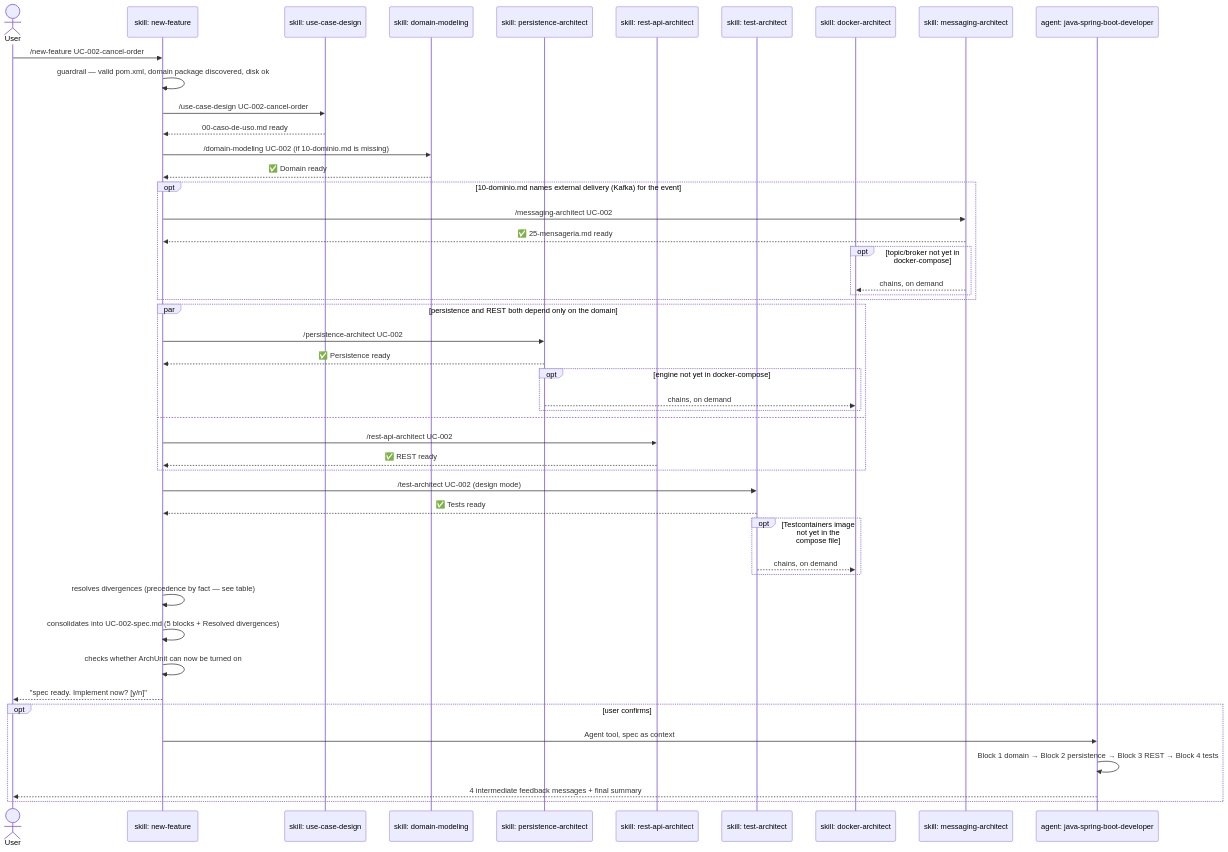
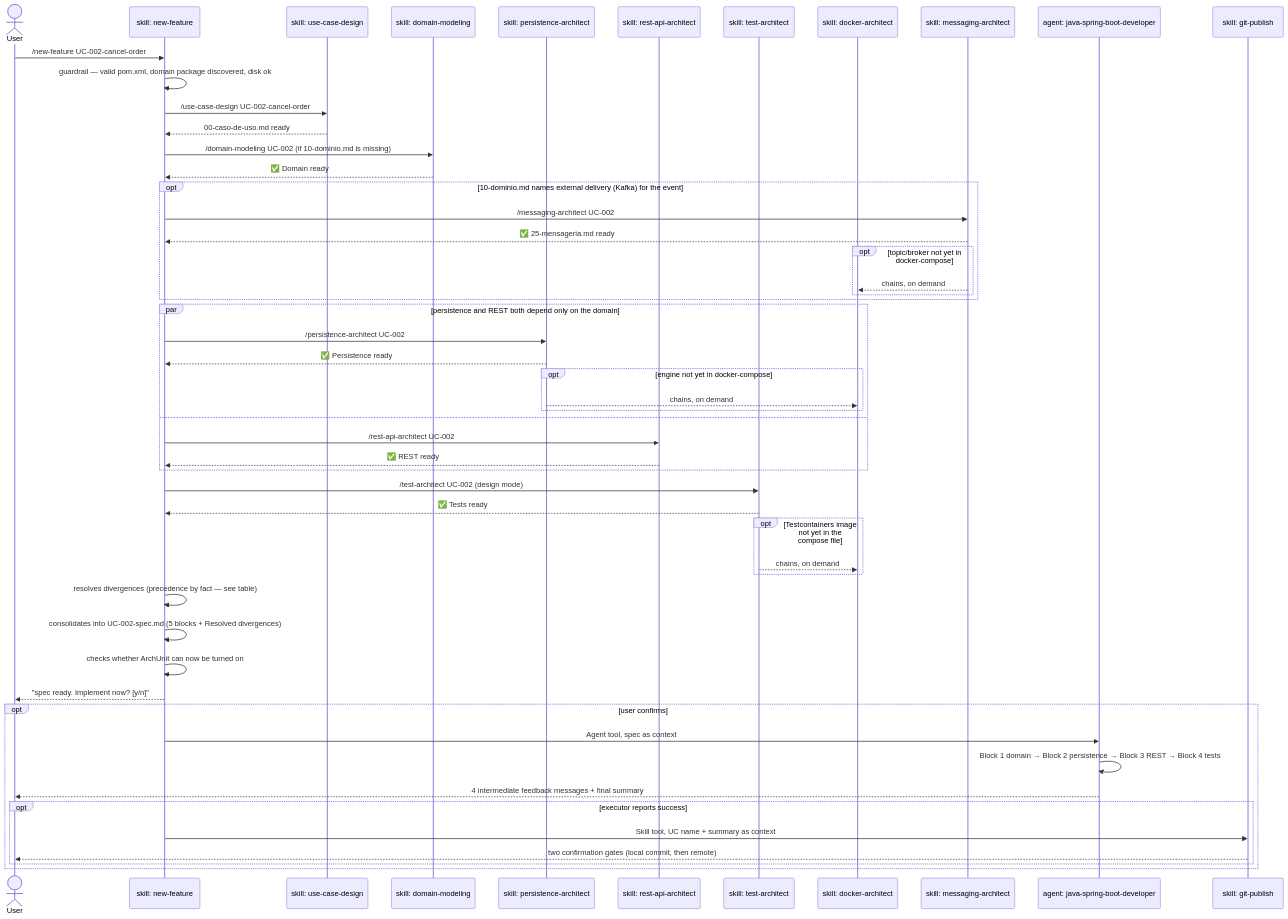
The diagram in docs/en/03-new-feature.md (ice-lfernandes/claude-spring-architect), drawn with Mermaid before and after one commit. The commit also changed other lines of this file and 26 other files, not shown here.

````diff
--- a/docs/en/03-new-feature.md
+++ b/docs/en/03-new-feature.md
@@ -25,51 +25,56 @@
 ```mermaid
 sequenceDiagram
     actor U as User
     participant NF as skill: new-feature
     participant UC as skill: use-case-design
     participant DOM as skill: domain-modeling
     participant PER as skill: persistence-architect
     participant REST as skill: rest-api-architect
     participant TST as skill: test-architect
     participant DOCK as skill: docker-architect
     participant MSG as skill: messaging-architect
     participant DEV as agent: java-spring-boot-developer
+    participant GIT as skill: git-publish
 
     U->>NF: /new-feature UC-002-cancel-order
     NF->>NF: guardrail — valid pom.xml, domain package discovered, disk ok
     NF->>UC: /use-case-design UC-002-cancel-order
     UC-->>NF: 00-caso-de-uso.md ready
     NF->>DOM: /domain-modeling UC-002 (if 10-dominio.md is missing)
     DOM-->>NF: ✅ Domain ready
     opt 10-dominio.md names external delivery (Kafka) for the event
         NF->>MSG: /messaging-architect UC-002
         MSG-->>NF: ✅ 25-mensageria.md ready
         opt topic/broker not yet in docker-compose
             MSG-->>DOCK: chains, on demand
         end
     end
     par persistence and REST both depend only on the domain
         NF->>PER: /persistence-architect UC-002
         PER-->>NF: ✅ Persistence ready
         opt engine not yet in docker-compose
             PER-->>DOCK: chains, on demand
         end
     and
         NF->>REST: /rest-api-architect UC-002
         REST-->>NF: ✅ REST ready
     end
     NF->>TST: /test-architect UC-002 (design mode)
     TST-->>NF: ✅ Tests ready
     opt Testcontainers image not yet in the compose file
         TST-->>DOCK: chains, on demand
     end
     NF->>NF: resolves divergences (precedence by fact — see table)
     NF->>NF: consolidates into UC-002-spec.md (5 blocks + Resolved divergences)
     NF->>NF: checks whether ArchUnit can now be turned on
     NF-->>U: "spec ready. Implement now? [y/n]"
     opt user confirms
         NF->>DEV: Agent tool, spec as context
         DEV->>DEV: Block 1 domain → Block 2 persistence → Block 3 REST → Block 4 tests
         DEV-->>U: 4 intermediate feedback messages + final summary
+        opt executor reports success
+            NF->>GIT: Skill tool, UC name + summary as context
+            GIT-->>U: two confirmation gates (local commit, then remote)
+        end
     end
 ```
````
